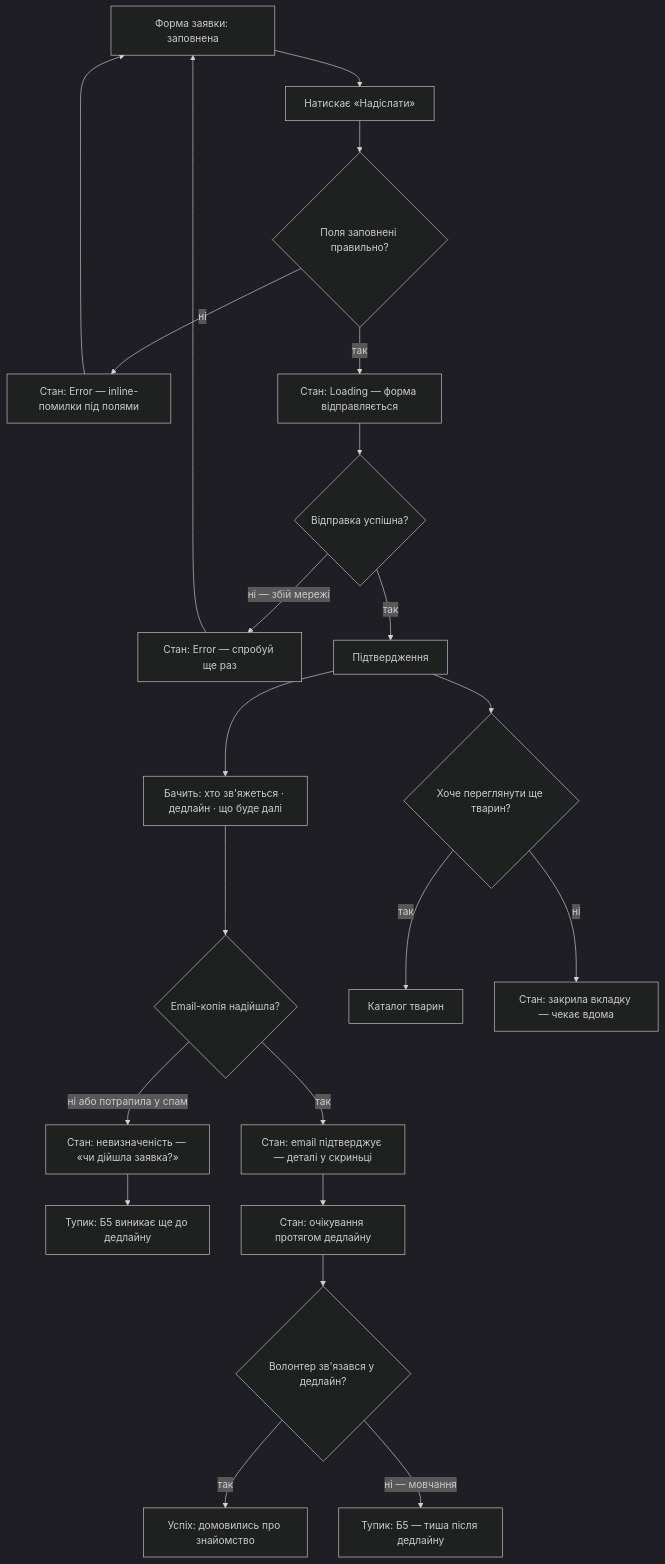
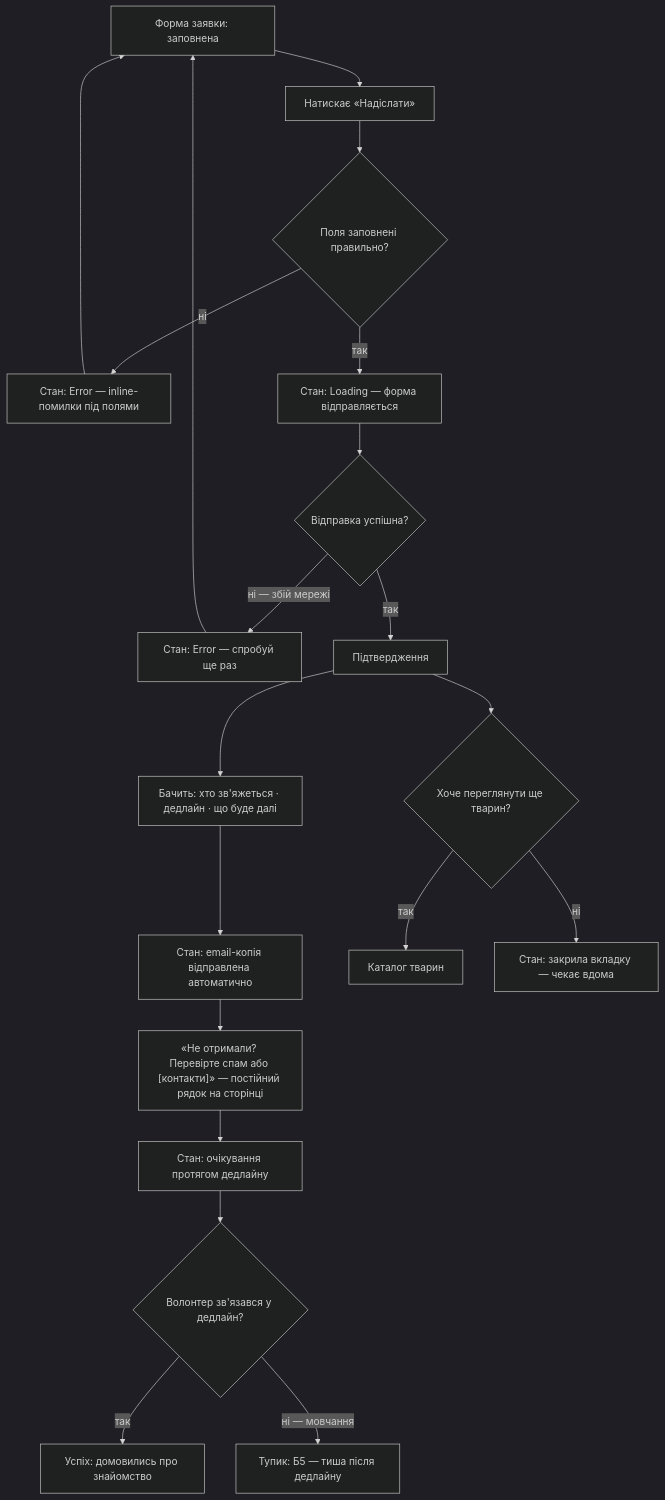
The fourth of 5 diagrams in flows.md (yuliabokova/prytulok), drawn with Mermaid (dark theme) before and after one commit. The commit also changed other lines of this file, not shown here.

Commit message:
ux: fix EmailQ — model email as system action, not user decision
R4 flow: replaced EmailQ decision diamond (user answers «email arrived?»)
with EmailSent state (system action) + FallbackNote product element.

Reasoning: email delivery is a system event, not a user choice.
The confirmation page is primary — it always shows the deadline and
a «Не отримали? Перевірте спам» note. Email is a copy channel, not
the only reference. Early-B5 risk is now mitigated by the fallback
note on the page rather than left as an open dead end.

````diff
--- a/flows.md
+++ b/flows.md
@@ -154,27 +154,24 @@
 ```mermaid
 flowchart TD
     FormReady["Форма заявки: заповнена"] --> SubmitBtn["Натискає «Надіслати»"]
     SubmitBtn --> ValidQ{"Поля заповнені правильно?"}
     ValidQ -->|"ні"| ValidationErr["Стан: Error — inline-помилки під полями"]
     ValidationErr --> FormReady
     ValidQ -->|"так"| LoadingState["Стан: Loading — форма відправляється"]
     LoadingState --> SubmitQ{"Відправка успішна?"}
     SubmitQ -->|"ні — збій мережі"| ErrState["Стан: Error — спробуй ще раз"]
     ErrState --> FormReady
     SubmitQ -->|"так"| ConfirmPage["Підтвердження"]
 
     ConfirmPage --> SeeDeadline["Бачить: хто зв'яжеться · дедлайн · що буде далі"]
-    SeeDeadline --> EmailQ{"Email-копія надійшла?"}
-    EmailQ -->|"ні або потрапила у спам"| NoEmail["Стан: невизначеність — «чи дійшла заявка?»"]
-    NoEmail --> EarlyB5["Тупик: Б5 виникає ще до дедлайну"]
-    EmailQ -->|"так"| EmailOK["Стан: email підтверджує — деталі у скриньці"]
-
-    EmailOK --> WaitState["Стан: очікування протягом дедлайну"]
+    SeeDeadline --> EmailSent["Стан: email-копія відправлена автоматично"]
+    EmailSent --> FallbackNote["«Не отримали? Перевірте спам або [контакти]» — постійний рядок на сторінці"]
+    FallbackNote --> WaitState["Стан: очікування протягом дедлайну"]
     WaitState --> ContactQ{"Волонтер зв'язався у дедлайн?"}
     ContactQ -->|"так"| Success["Успіх: домовились про знайомство"]
     ContactQ -->|"ні — мовчання"| B5Fail["Тупик: Б5 — тиша після дедлайну"]
 
     ConfirmPage --> BrowseMoreQ{"Хоче переглянути ще тварин?"}
     BrowseMoreQ -->|"так"| CatBack["Каталог тварин"]
     BrowseMoreQ -->|"ні"| ClosedTab["Стан: закрила вкладку — чекає вдома"]
 ```
````
